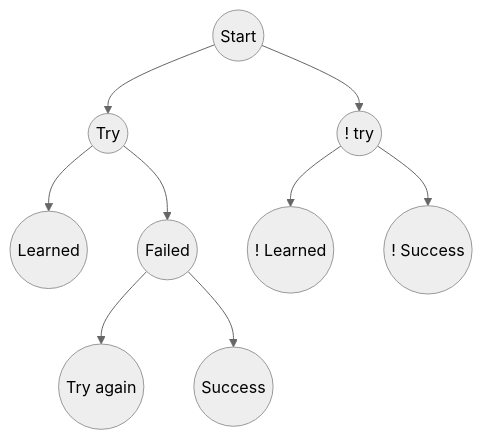
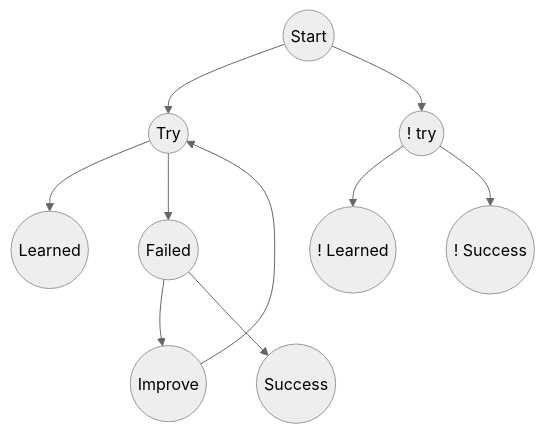
Before and after one commit to srinu2003/srinu2003: the diagram in README.md, drawn with Mermaid (neutral theme).

````diff
--- a/README.md
+++ b/README.md
@@ -13,12 +13,13 @@
 ```mermaid
 
 graph TB;
     A((Start))-->B((Try))
     A-->C((! try))
     B-->D((Learned))
     B-->E((Failed))
     C-->F((! Learned))
     C-->G((! Success))
-    E-->H((Try again))
+    E-->H((Improve))
+    H-->B
     E-->I((Success))
 ```
````
